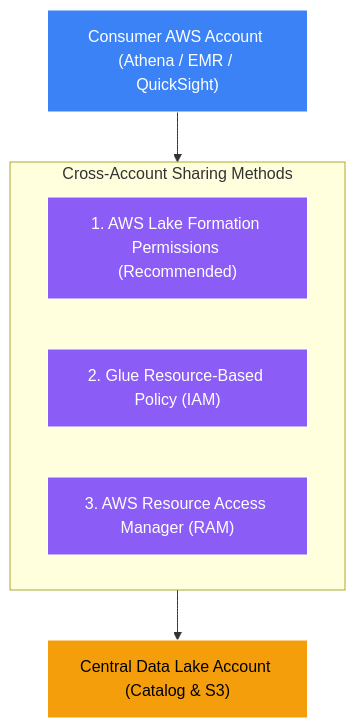
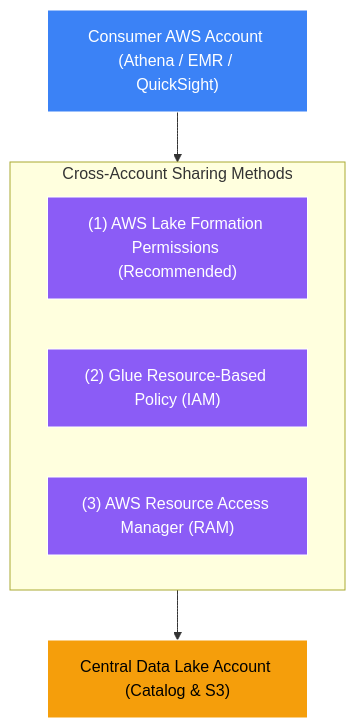
The third of 3 diagrams in content/en/02-services/analytics-streaming/glue/glue-data-catalog.md (Wathon/aws-dea-c01-note), drawn with Mermaid before and after one commit. The commit also changed 49 other files, not shown here.

Commit message:
Fix 'Unsupported markdown: list' Mermaid rendering issues across all English and Burmese notes

````diff
--- a/content/en/02-services/analytics-streaming/glue/glue-data-catalog.md
+++ b/content/en/02-services/analytics-streaming/glue/glue-data-catalog.md
@@ -127,22 +127,22 @@
 ```mermaid
 graph TD
     CentralAccount["Central Data Lake Account (Catalog & S3)"]
     ConsumerAccount["Consumer AWS Account (Athena / EMR / QuickSight)"]
 
     subgraph SharingMechanisms["Cross-Account Sharing Methods"]
-        Method1["1. AWS Lake Formation Permissions (Recommended)"]
-        Method2["2. Glue Resource-Based Policy (IAM)"]
-        Method3["3. AWS Resource Access Manager (RAM)"]
+        Method1["(1) AWS Lake Formation Permissions (Recommended)"]
+        Method2["(2) Glue Resource-Based Policy (IAM)"]
+        Method3["(3) AWS Resource Access Manager (RAM)"]
     end
 
     ConsumerAccount --> SharingMechanisms
     SharingMechanisms --> CentralAccount
 
     classDef central fill:#f59e0b,stroke:#fff,stroke-width:1px,color:#000;
     classDef consumer fill:#3b82f6,stroke:#fff,stroke-width:1px,color:#fff;
     classDef methods fill:#8b5cf6,stroke:#fff,stroke-width:1px,color:#fff;
 
     class CentralAccount central;
     class ConsumerAccount consumer;
     class Method1,Method2,Method3 methods;
 ```
````
